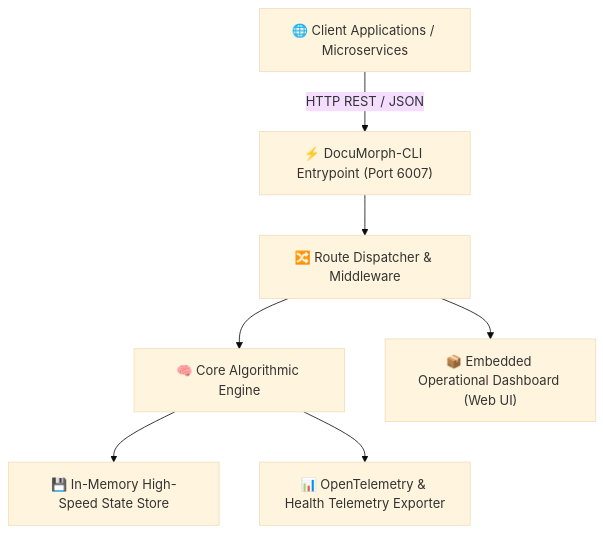
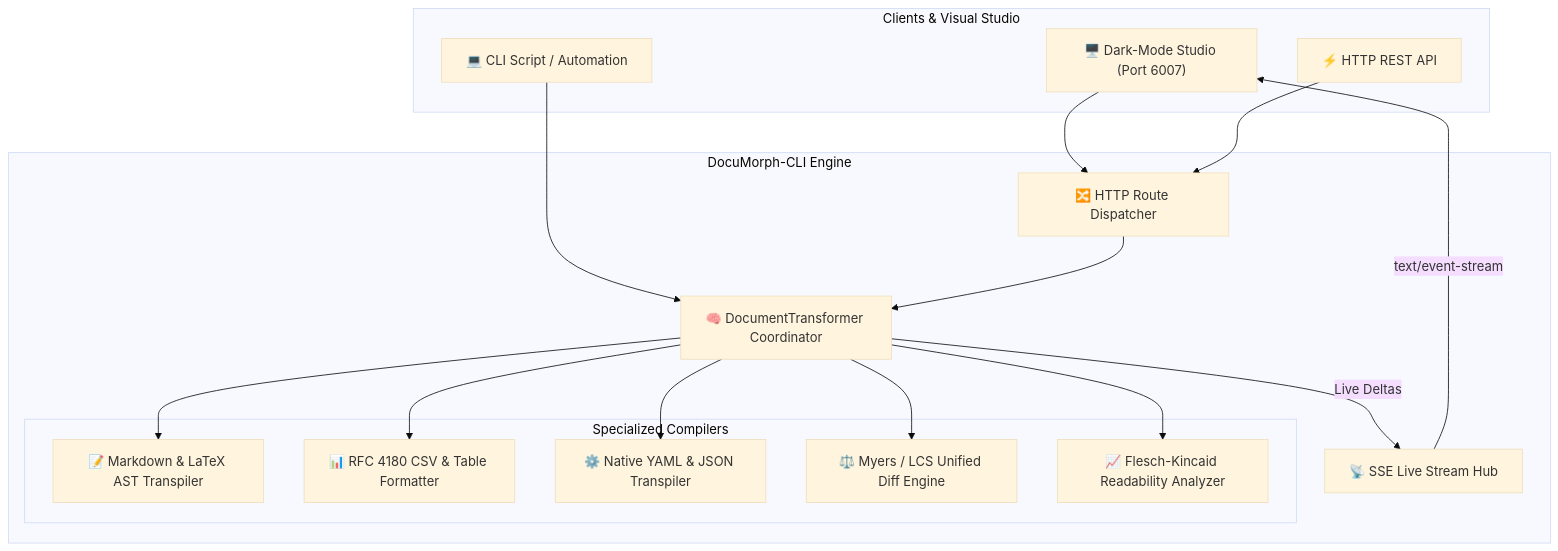
One commit to alinurettin/DocuMorph-CLI changed the diagram in README.md. Above: the diagram before and after it, drawn with Mermaid (base theme). The commit also changed other lines of this file and 11 other files, not shown here.

Commit message:
feat(core): upgrade to v2.0.0 with Markdown AST, token stashed LaTeX math, RFC 4180 CSV, native YAML parser, and LCS diff

````diff
--- a/README.md
+++ b/README.md
@@ -22,9 +22,31 @@
 ```mermaid
 flowchart TD
-    Client["🌐 Client Applications / Microservices"] -->|HTTP REST / JSON| Gateway["⚡ DocuMorph-CLI Entrypoint (Port 6007)"]
-    Gateway --> Router["🔀 Route Dispatcher & Middleware"]
-    Router --> Engine["🧠 Core Algorithmic Engine"]
-    Engine --> Storage["💾 In-Memory High-Speed State Store"]
-    Router --> Static["📦 Embedded Operational Dashboard (Web UI)"]
-    Engine --> Metrics["📊 OpenTelemetry & Health Telemetry Exporter"]
+    subgraph Clients [Clients & Visual Studio]
+        Web["🖥️ Dark-Mode Studio (Port 6007)"]
+        CLI["💻 CLI Script / Automation"]
+        Curl["⚡ HTTP REST API"]
+    end
+
+    subgraph CoreEngine [DocuMorph-CLI Engine]
+        Router["🔀 HTTP Route Dispatcher"]
+        Transformer["🧠 DocumentTransformer Coordinator"]
+        
+        subgraph Compilers [Specialized Compilers]
+            Md["📝 Markdown & LaTeX AST Transpiler"]
+            Csv["📊 RFC 4180 CSV & Table Formatter"]
+            Yaml["⚙️ Native YAML & JSON Transpiler"]
+            Diff["⚖️ Myers / LCS Unified Diff Engine"]
+            Metrics["📈 Flesch-Kincaid Readability Analyzer"]
+        end
+
+        SSE["📡 SSE Live Stream Hub"]
+    end
+
+    Web --> Router
+    CLI --> Transformer
+    Curl --> Router
+    Router --> Transformer
+    Transformer --> Md & Csv & Yaml & Diff & Metrics
+    Transformer -->|Live Deltas| SSE
+    SSE -->|text/event-stream| Web
 ```
````
